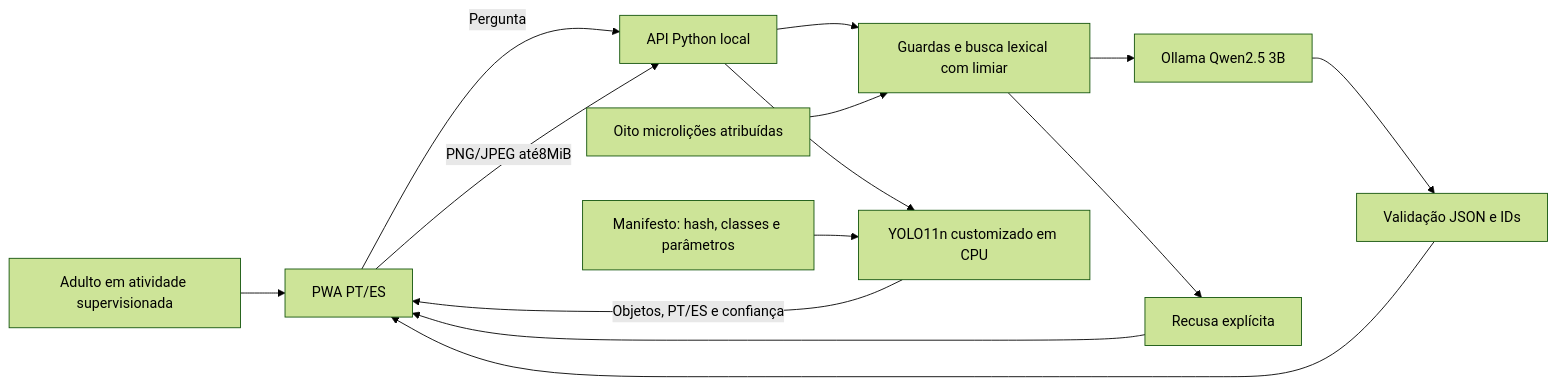
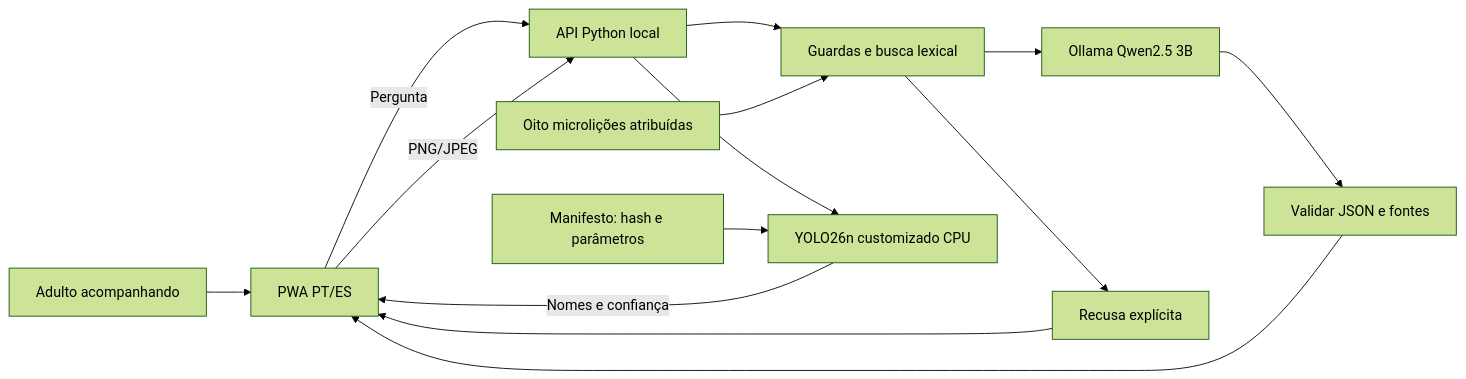
Before and after one commit to Acolhe-Projeto/Acolhe---GS8: the first of 2 diagrams in docs/PRD_GENAI_VISION.md, drawn with Mermaid (forest theme). The commit also changed other lines of this file and 37 other files, not shown here.

````diff
--- a/docs/PRD_GENAI_VISION.md
+++ b/docs/PRD_GENAI_VISION.md
@@ -18,16 +18,16 @@
 ```mermaid
 flowchart LR
-    A[Adulto em atividade supervisionada] --> UI[PWA PT/ES]
+    Adulto[Adulto acompanhando] --> UI[PWA PT/ES]
     UI -->|Pergunta| API[API Python local]
-    API --> G[Guardas e busca lexical com limiar]
+    API --> G[Guardas e busca lexical]
     C[Oito microlições atribuídas] --> G
     G --> L[Ollama Qwen2.5 3B]
-    L --> J[Validação JSON e IDs]
+    L --> J[Validar JSON e fontes]
     J --> UI
     G --> R[Recusa explícita]
     R --> UI
-    UI -->|PNG/JPEG até8MiB| API
-    API --> V[YOLO11n customizado em CPU]
-    M[Manifesto: hash, classes e parâmetros] --> V
-    V -->|Objetos, PT/ES e confiança| UI
+    UI -->|PNG/JPEG| API
+    API --> V[YOLO26n customizado CPU]
+    M[Manifesto: hash e parâmetros] --> V
+    V -->|Nomes e confiança| UI
 ```
````
